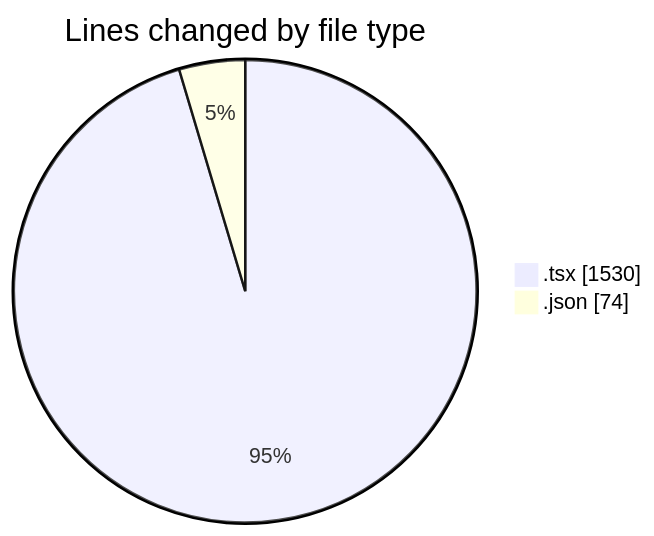
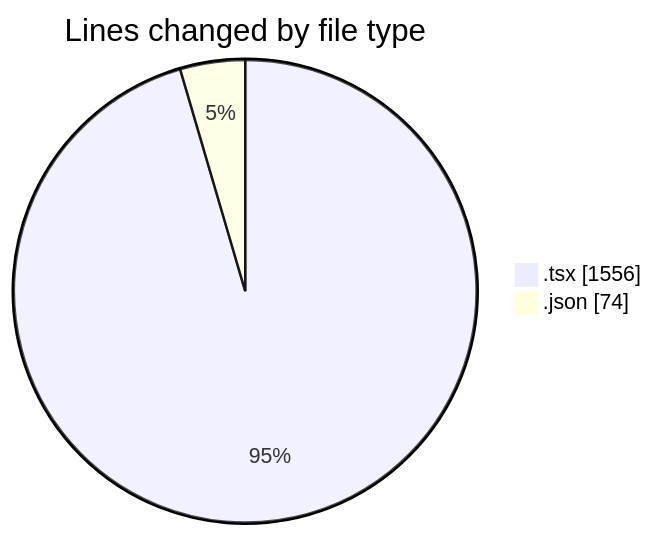
The first of 2 diagrams in 2025-04-08/cda/README.md (momahboobian/code-tracking), drawn with Mermaid before and after one commit. The commit also changed other lines of this file and 1 other file, not shown here.

````diff
--- a/2025-04-08/cda/README.md
+++ b/2025-04-08/cda/README.md
@@ -22,6 +22,6 @@
 ```mermaid
 pie showData
 title Lines changed by file type
-".tsx" : 1530
+".tsx" : 1556
 ".json" : 74
 ```
````
